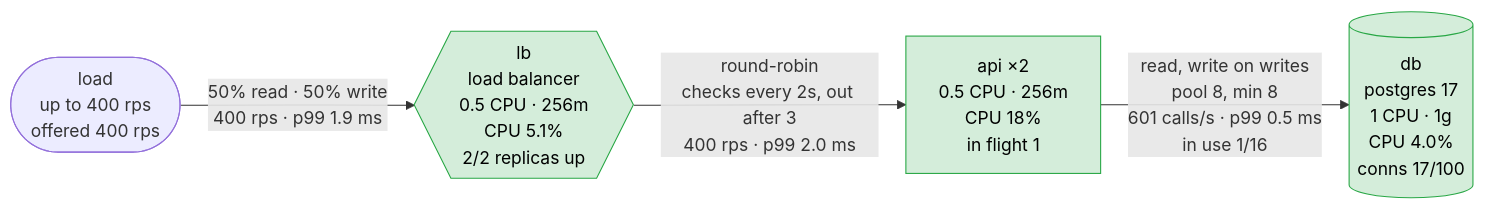
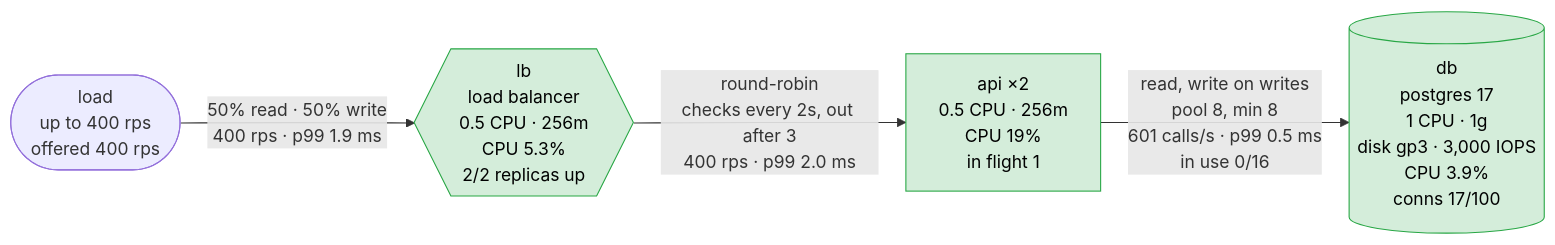
The first of 5 diagrams in scenarios/slow-disk/solutions/async-commit/report.md (akinfemi/load-lore), drawn with Mermaid before and after one commit. The commit also changed other lines of this file and 125 other files, not shown here.

````diff
--- a/scenarios/slow-disk/solutions/async-commit/report.md
+++ b/scenarios/slow-disk/solutions/async-commit/report.md
@@ -15,14 +15,14 @@
 ```mermaid
 flowchart LR
     load(["load<br/>up to 400 rps<br/>offered 400 rps"])
-    lb{{"lb<br/>load balancer<br/>0.5 CPU · 256m<br/>CPU 5.1%<br/>2/2 replicas up"}}
-    api["api ×2<br/>0.5 CPU · 256m<br/>CPU 18%<br/>in flight 1"]
-    db[("db<br/>postgres 17<br/>1 CPU · 1g<br/>CPU 4.0%<br/>conns 17/100")]
+    lb{{"lb<br/>load balancer<br/>0.5 CPU · 256m<br/>CPU 5.3%<br/>2/2 replicas up"}}
+    api["api ×2<br/>0.5 CPU · 256m<br/>CPU 19%<br/>in flight 1"]
+    db[("db<br/>postgres 17<br/>1 CPU · 1g<br/>disk gp3 · 3,000 IOPS<br/>CPU 3.9%<br/>conns 17/100")]
     load -->|"50% read · 50% write<br/>400 rps · p99 1.9 ms"| lb
     lb -->|"round-robin<br/>checks every 2s, out after 3<br/>400 rps · p99 2.0 ms"| api
-    api -->|"read, write on writes<br/>pool 8, min 8<br/>601 calls/s · p99 0.5 ms<br/>in use 1/16"| db
+    api -->|"read, write on writes<br/>pool 8, min 8<br/>601 calls/s · p99 0.5 ms<br/>in use 0/16"| db
     classDef ok fill:#d4edda,stroke:#28a745,color:#000
     classDef warm fill:#fff3cd,stroke:#d39e00,color:#000
     classDef hot fill:#f8d7da,stroke:#dc3545,color:#000
     class lb,api,db ok
 ```
````
